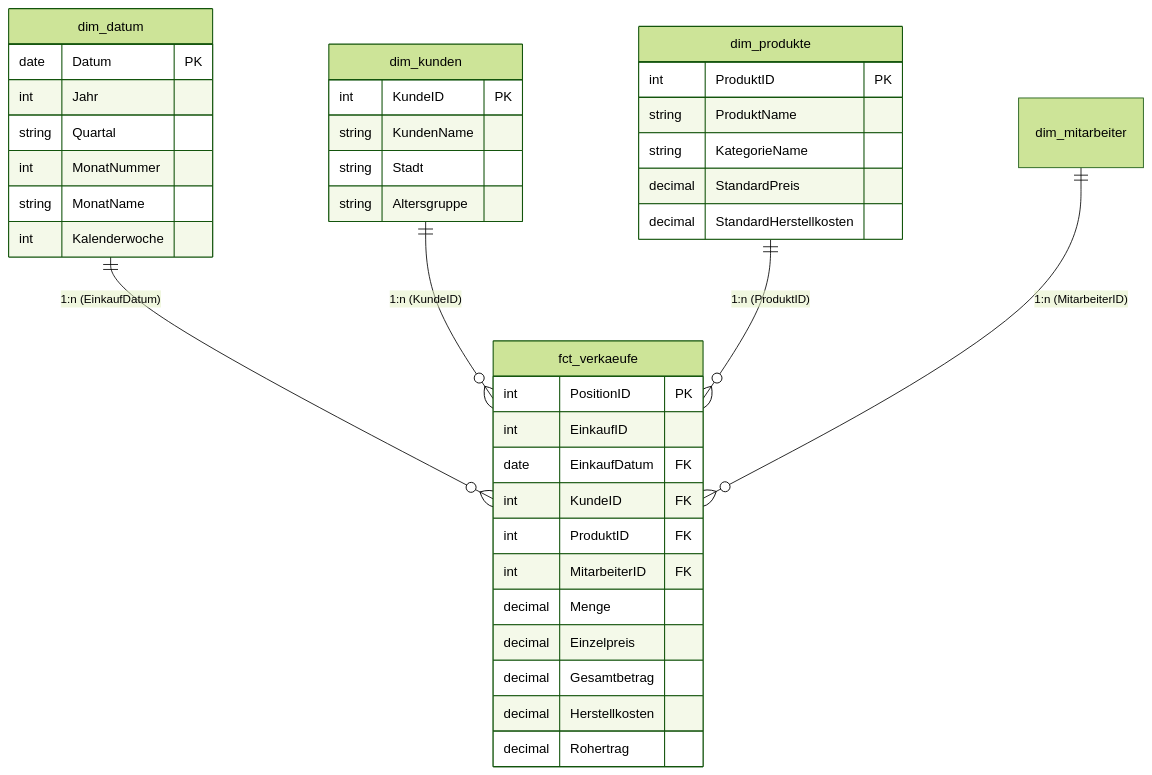
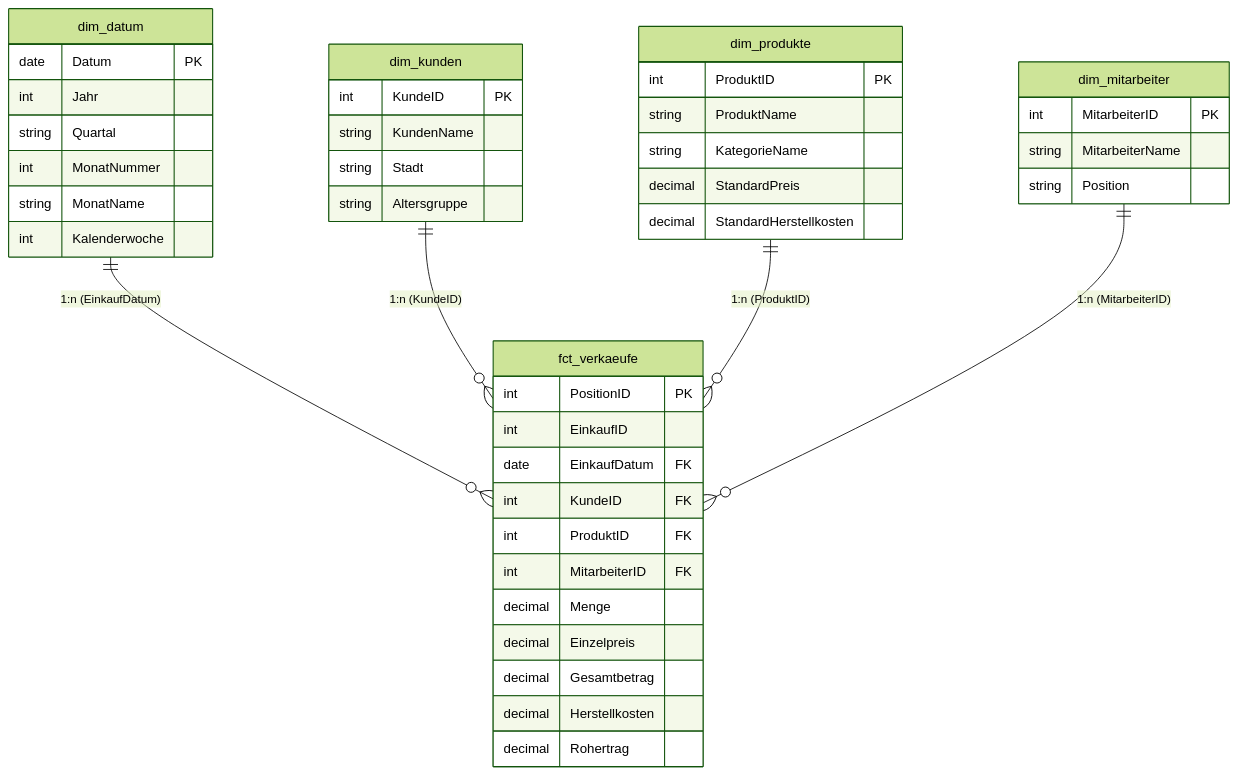
Before and after one commit to alefritz19/PowerBI-Supermarkt-Analytics: the diagram in README.md, drawn with Mermaid (forest theme). The commit also changed 1 other file, not shown here.

Commit message:
fix(docs): add missing dim_mitarbeiter attributes to ER diagram

````diff
--- a/README.md
+++ b/README.md
@@ -28,45 +28,51 @@
 ```mermaid
 erDiagram
     dim_datum ||--o{ fct_verkaeufe : "1:n (EinkaufDatum)"
     dim_kunden ||--o{ fct_verkaeufe : "1:n (KundeID)"
     dim_produkte ||--o{ fct_verkaeufe : "1:n (ProduktID)"
     dim_mitarbeiter ||--o{ fct_verkaeufe : "1:n (MitarbeiterID)"
 
     fct_verkaeufe {
         int PositionID PK
         int EinkaufID
         date EinkaufDatum FK
         int KundeID FK
         int ProduktID FK
         int MitarbeiterID FK
         decimal Menge
         decimal Einzelpreis
         decimal Gesamtbetrag
         decimal Herstellkosten
         decimal Rohertrag
     }
 
     dim_produkte {
         int ProduktID PK
         string ProduktName
         string KategorieName
         decimal StandardPreis
         decimal StandardHerstellkosten
     }
 
     dim_kunden {
         int KundeID PK
         string KundenName
         string Stadt
         string Altersgruppe
     }
 
+    dim_mitarbeiter {
+        int MitarbeiterID PK
+        string MitarbeiterName
+        string Position
+    }
+
     dim_datum {
         date Datum PK
         int Jahr
         string Quartal
         int MonatNummer
         string MonatName
         int Kalenderwoche
     }
 ```
````
